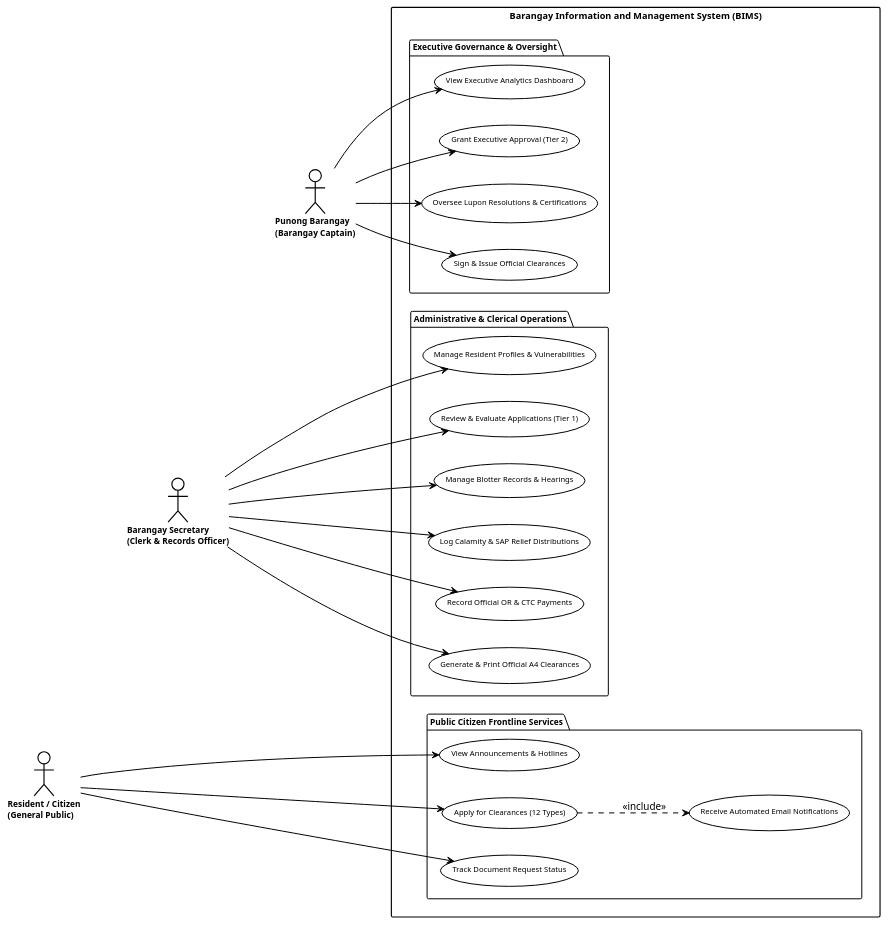
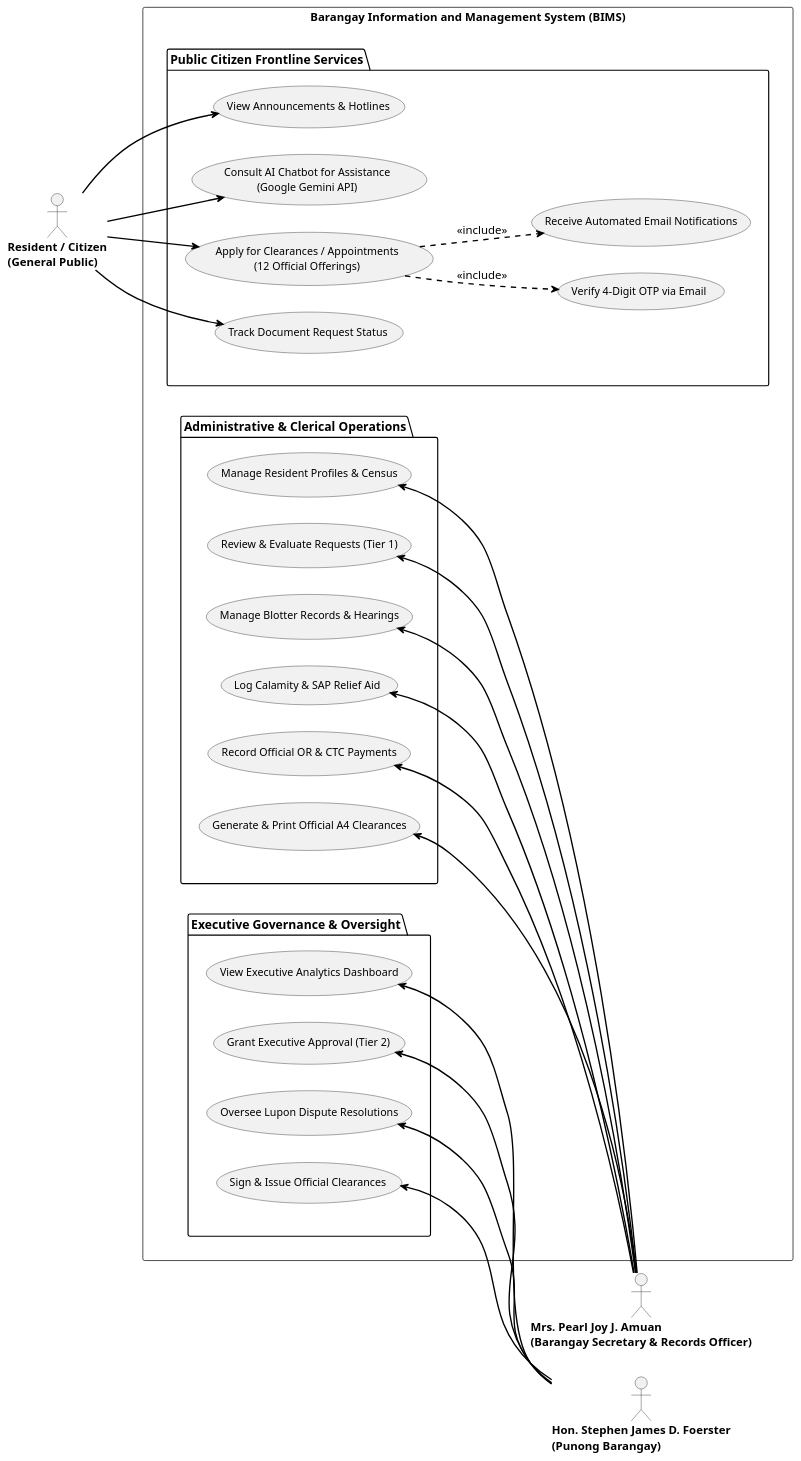
The diagram in Documentation/Diagrams/figure3_use_case_diagram.puml (dreynel/bims), drawn with PlantUML before and after one commit. The commit also changed 62 other files, not shown here.

```diff
--- a/Documentation/Diagrams/figure3_use_case_diagram.puml
+++ b/Documentation/Diagrams/figure3_use_case_diagram.puml
@@ -1,103 +1,74 @@
 @startuml
-
 skinparam defaultFontName "Segoe UI"
+skinparam defaultFontSize 15
 skinparam shadowing false
 skinparam monochrome true
-skinparam roundCorner 4
+skinparam packageFontSize 16
+skinparam packageFontStyle bold
+skinparam usecaseFontSize 14
+skinparam actorFontSize 15
+skinparam actorFontStyle bold
+skinparam ArrowThickness 1.8
 skinparam ArrowColor #000000
-skinparam ArrowThickness 1.3
-skinparam DefaultFontColor #000000
-
 
 left to right direction
 
-skinparam actor {
-    BackgroundColor #FFFFFF
-    BorderColor #000000
-    BorderThickness 1.5
-    FontColor #000000
-    FontSize 11
-    FontStyle bold
-}
-
-skinparam usecase {
-    BackgroundColor #FFFFFF
-    BorderColor #000000
-    BorderThickness 1.3
-    FontColor #000000
-    FontSize 10
-}
-
-skinparam package {
-    BackgroundColor #FFFFFF
-    BorderColor #000000
-    BorderThickness 1.3
-    FontColor #000000
-    FontSize 11
-    FontStyle bold
-}
-
-skinparam rectangle {
-    BackgroundColor #FFFFFF
-    BorderColor #000000
-    BorderThickness 1.5
-    FontColor #000000
-    FontSize 12
-    FontStyle bold
-}
-
 actor "Resident / Citizen\n(General Public)" as Resident
-actor "Barangay Secretary\n(Clerk & Records Officer)" as Secretary
-actor "Punong Barangay\n(Barangay Captain)" as Captain
 
 rectangle "Barangay Information and Management System (BIMS)" {
 
     package "Public Citizen Frontline Services" as P1 {
         usecase "View Announcements & Hotlines" as UC1
-        usecase "Apply for Clearances (12 Types)" as UC2
+        usecase "Consult AI Chatbot for Assistance\n(Google Gemini API)" as UC_AI
+        usecase "Apply for Clearances / Appointments\n(12 Official Offerings)" as UC2
+        usecase "Verify 4-Digit OTP via Email" as UC2_OTP
         usecase "Track Document Request Status" as UC3
         usecase "Receive Automated Email Notifications" as UC4
     }
 
     package "Administrative & Clerical Operations" as P2 {
-        usecase "Manage Resident Profiles & Vulnerabilities" as UC5
-        usecase "Review & Evaluate Applications (Tier 1)" as UC6
+        usecase "Manage Resident Profiles & Census" as UC5
+        usecase "Review & Evaluate Requests (Tier 1)" as UC6
         usecase "Manage Blotter Records & Hearings" as UC7
-        usecase "Log Calamity & SAP Relief Distributions" as UC8
+        usecase "Log Calamity & SAP Relief Aid" as UC8
         usecase "Record Official OR & CTC Payments" as UC9
         usecase "Generate & Print Official A4 Clearances" as UC10
     }
 
     package "Executive Governance & Oversight" as P3 {
         usecase "View Executive Analytics Dashboard" as UC11
         usecase "Grant Executive Approval (Tier 2)" as UC12
-        usecase "Oversee Lupon Resolutions & Certifications" as UC13
+        usecase "Oversee Lupon Dispute Resolutions" as UC13
         usecase "Sign & Issue Official Clearances" as UC14
     }
+
+    ' Place packages horizontally side-by-side to consume space and keep height proportionate
+    P1 -[hidden]right- P2
+    P2 -[hidden]right- P3
 }
 
-' Resident Links
+actor "Mrs. Pearl Joy J. Amuan\n(Barangay Secretary & Records Officer)" as Secretary
+actor "Hon. Stephen James D. Foerster\n(Punong Barangay)" as Captain
+
+' Resident on Left
 Resident --> UC1
+Resident --> UC_AI
 Resident --> UC2
 Resident --> UC3
+UC2 ..> UC2_OTP : <<include>>
 UC2 ..> UC4 : <<include>>
 
-' Secretary Links
-Secretary --> UC5
-Secretary --> UC6
-Secretary --> UC7
-Secretary --> UC8
-Secretary --> UC9
-Secretary --> UC10
+' Staff on Right
+UC5 <-- Secretary
+UC6 <-- Secretary
+UC7 <-- Secretary
+UC8 <-- Secretary
+UC9 <-- Secretary
+UC10 <-- Secretary
 
-' Captain Links
-Captain --> UC11
-Captain --> UC12
-Captain --> UC13
-Captain --> UC14
-
-' Vertical order of actors matching packages
-Resident -[hidden]down- Secretary
-Secretary -[hidden]down- Captain
+UC11 <-- Captain
+UC12 <-- Captain
+UC13 <-- Captain
+UC14 <-- Captain
 
 @enduml
```
